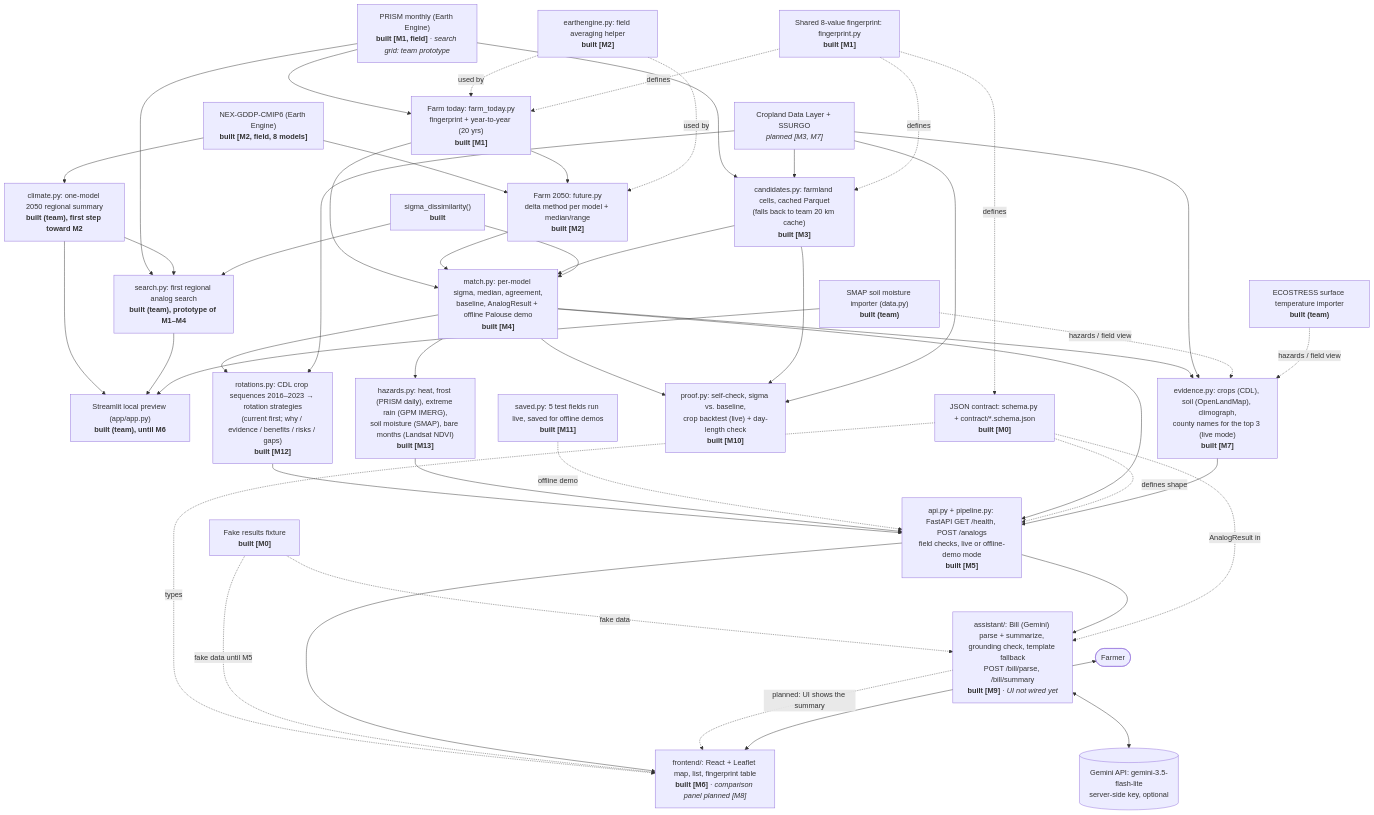
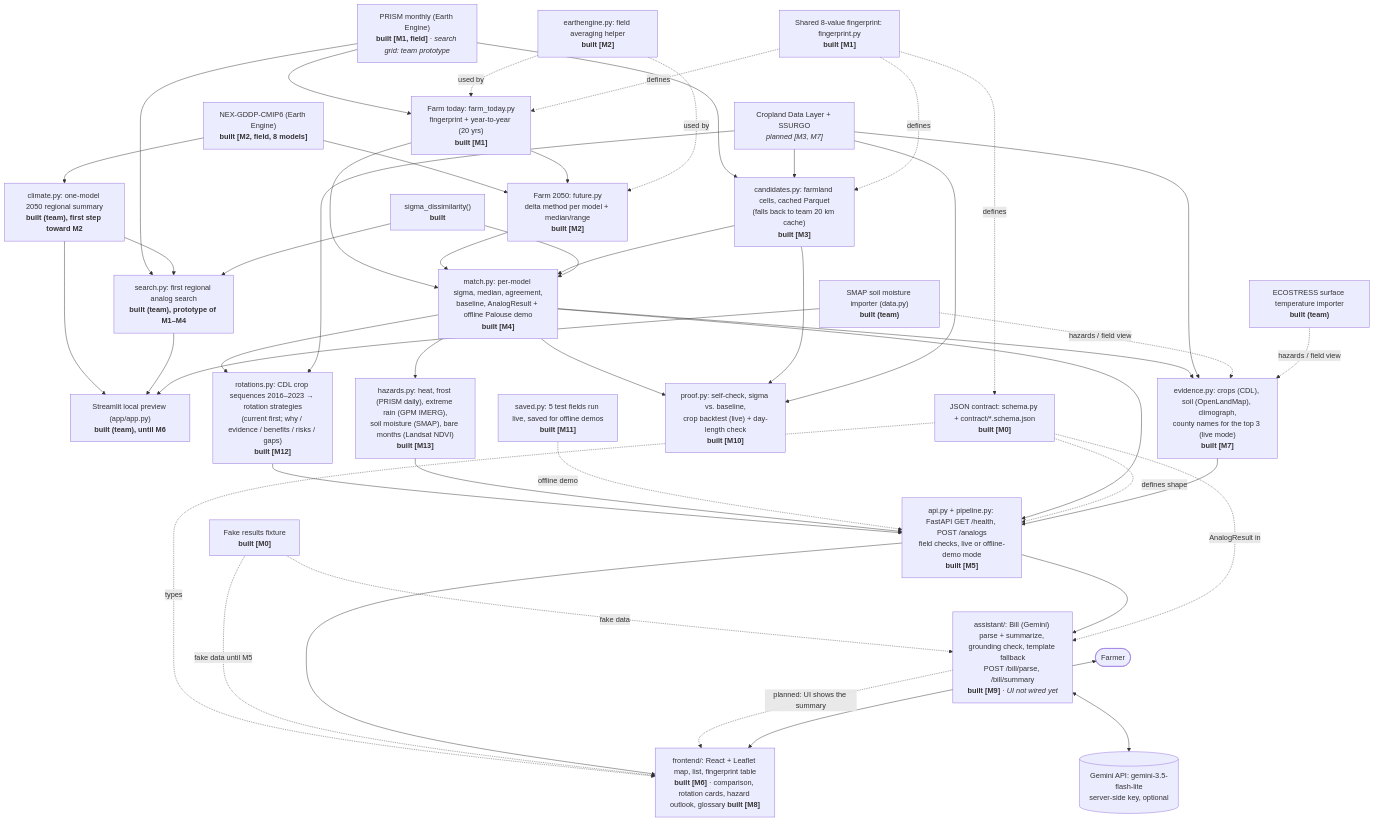
Before and after one commit to trafwel/farm-analog: the diagram in docs/ARCHITECTURE.md, drawn with Mermaid. The commit also changed other lines of this file and 3 other files, not shown here.

Commit message:
Record M8's review, open issues, teach-back and architecture

````diff
--- a/docs/ARCHITECTURE.md
+++ b/docs/ARCHITECTURE.md
@@ -7,79 +7,79 @@
 ```mermaid
 flowchart TD
     PRISM["PRISM monthly (Earth Engine)<br/><b>built [M1, field]</b> · <i>search grid: team prototype</i>"]
     CMIP["NEX-GDDP-CMIP6 (Earth Engine)<br/><b>built [M2, field, 8 models]</b>"]
     CDL["Cropland Data Layer + SSURGO<br/><i>planned [M3, M7]</i>"]
     SMAP["SMAP soil moisture importer (data.py)<br/><b>built (team)</b>"]
     ECO["ECOSTRESS surface temperature importer<br/><b>built (team)</b>"]
     CLIM["climate.py: one-model 2050 regional summary<br/><b>built (team), first step toward M2</b>"]
     PREVIEW["Streamlit local preview (app/app.py)<br/><b>built (team), until M6</b>"]
     SEARCH["search.py: first regional analog search<br/><b>built (team), prototype of M1–M4</b>"]
 
     FT["Farm today: farm_today.py<br/>fingerprint + year-to-year (20 yrs)<br/><b>built [M1]</b>"]
     FPRINT["Shared 8-value fingerprint: fingerprint.py<br/><b>built [M1]</b>"]
     F50["Farm 2050: future.py<br/>delta method per model + median/range<br/><b>built [M2]</b>"]
     EEH["earthengine.py: field averaging helper<br/><b>built [M2]</b>"]
     CAND["candidates.py: farmland cells, cached Parquet<br/>(falls back to team 20 km cache)<br/><b>built [M3]</b>"]
     SIGMA["sigma_dissimilarity()<br/><b>built</b>"]
     MATCH["match.py: per-model sigma, median, agreement,<br/>baseline, AnalogResult + offline Palouse demo<br/><b>built [M4]</b>"]
     SAVED["saved.py: 5 test fields run live, saved for offline demos<br/><b>built [M11]</b>"]
     ROT["rotations.py: CDL crop sequences 2016–2023 → rotation strategies<br/>(current first; why / evidence / benefits / risks / gaps)<br/><b>built [M12]</b>"]
     HAZ["hazards.py: heat, frost (PRISM daily), extreme rain (GPM IMERG),<br/>soil moisture (SMAP), bare months (Landsat NDVI)<br/><b>built [M13]</b>"]
     PROOF["proof.py: self-check, sigma vs. baseline,<br/>crop backtest (live) + day-length check<br/><b>built [M10]</b>"]
     EVID["evidence.py: crops (CDL), soil (OpenLandMap), climograph,<br/>county names for the top 3 (live mode)<br/><b>built [M7]</b>"]
 
     CONTRACT["JSON contract: schema.py + contract/*.schema.json<br/><b>built [M0]</b>"]
     FIX["Fake results fixture<br/><b>built [M0]</b>"]
     API["api.py + pipeline.py: FastAPI GET /health, POST /analogs<br/>field checks, live or offline-demo mode<br/><b>built [M5]</b>"]
-    UI["frontend/: React + Leaflet map, list, fingerprint table<br/><b>built [M6]</b> · <i>comparison panel planned [M8]</i>"]
+    UI["frontend/: React + Leaflet map, list, fingerprint table<br/><b>built [M6]</b> · comparison, rotation cards, hazard outlook, glossary <b>built [M8]</b>"]
     BILL["assistant/: Bill (Gemini) parse + summarize, grounding check, template fallback<br/>POST /bill/parse, /bill/summary<br/><b>built [M9]</b> · <i>UI not wired yet</i>"]
     GEMINI[("Gemini API: gemini-3.5-flash-lite<br/>server-side key, optional")]
     FARMER(["Farmer"])
 
     PRISM --> FT
     PRISM --> CAND
     CMIP --> F50
     FT --> F50
     CDL --> CAND
     FT --> MATCH
     F50 --> MATCH
     CAND --> MATCH
     SIGMA --> MATCH
     MATCH --> EVID
     MATCH --> PROOF
     MATCH --> ROT
     CDL --> ROT
     MATCH --> HAZ
     ROT --> API
     HAZ --> API
     SAVED -. offline demo .-> API
     CAND --> PROOF
     CDL --> PROOF
     CDL --> EVID
     MATCH --> API
     EEH -. used by .-> FT
     EEH -. used by .-> F50
     FPRINT -. defines .-> FT
     FPRINT -. defines .-> CAND
     FPRINT -. defines .-> CONTRACT
     CMIP --> CLIM
     CLIM --> PREVIEW
     PRISM --> SEARCH
     CLIM --> SEARCH
     SIGMA --> SEARCH
     SEARCH --> PREVIEW
     SMAP --> PREVIEW
     SMAP -. hazards / field view .-> EVID
     ECO -. hazards / field view .-> EVID
     CONTRACT -. defines shape .-> API
     CONTRACT -. types .-> UI
     FIX -. fake data until M5 .-> UI
     FIX -. fake data .-> BILL
     EVID --> API
     API --> UI
     API --> BILL
     BILL -. planned: UI shows the summary .-> UI
     BILL <--> GEMINI
     CONTRACT -. AnalogResult in .-> BILL
     FARMER <--> UI
 ```
````
